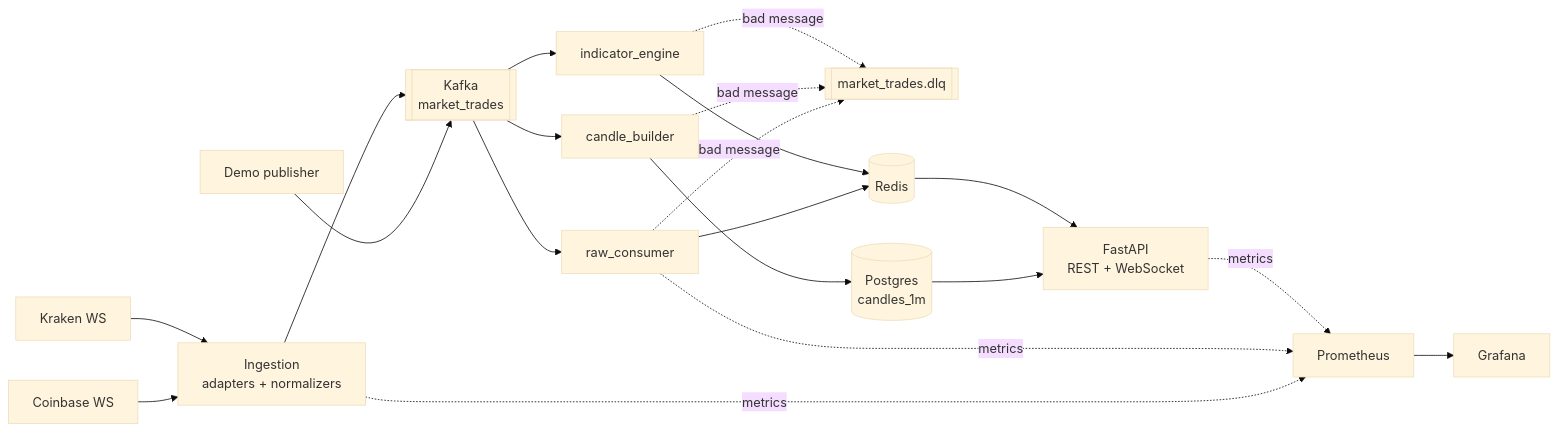
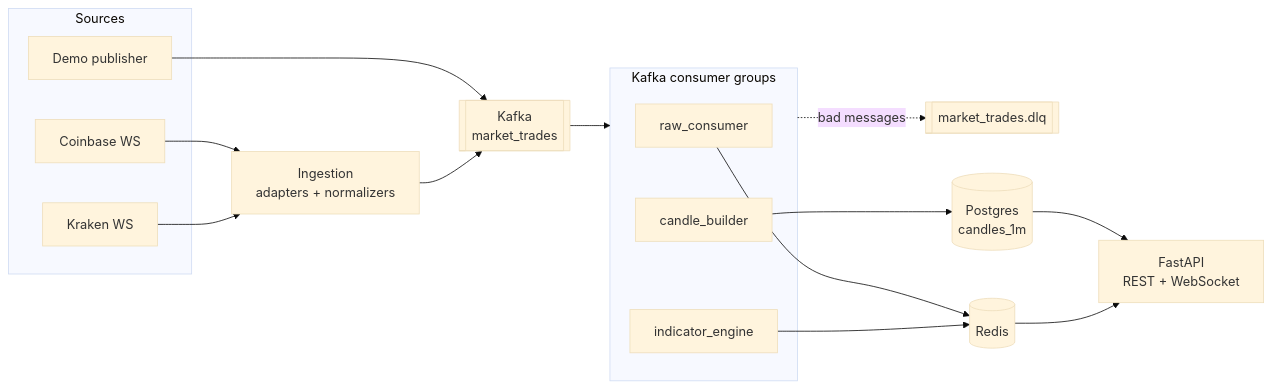
Before and after one commit to obro79/Flux: the diagram in README.md, drawn with Mermaid (base theme). The commit also changed other lines of this file, not shown here.

Commit message:
Simplify README architecture diagram

````diff
--- a/README.md
+++ b/README.md
@@ -32,17 +32,21 @@
 ```mermaid
 flowchart LR
-    CB[Coinbase WS] --> ING[Ingestion<br/>adapters + normalizers]
-    KR[Kraken WS] --> ING
-    DM[Demo publisher] --> K
+    subgraph Sources
+        CB[Coinbase WS]
+        KR[Kraken WS]
+        DM[Demo publisher]
+    end
+    subgraph Consumers["Kafka consumer groups"]
+        RC[raw_consumer]
+        TC[candle_builder]
+        IC[indicator_engine]
+    end
+    CB & KR --> ING[Ingestion<br/>adapters + normalizers]
+    DM --> K
     ING --> K[[Kafka<br/>market_trades]]
-    K --> RC[raw_consumer]
-    K --> TC[candle_builder]
-    K --> IC[indicator_engine]
-    RC & TC & IC -. bad message .-> DLQ[[market_trades.dlq]]
+    K --> Consumers
+    Consumers -. bad messages .-> DLQ[[market_trades.dlq]]
     TC --> PG[(Postgres<br/>candles_1m)]
-    RC --> RD[(Redis)]
-    IC --> RD
-    PG --> API[FastAPI<br/>REST + WebSocket]
-    RD --> API
-    ING & RC & API -. metrics .-> PR[Prometheus] --> GF[Grafana]
+    RC & IC --> RD[(Redis)]
+    PG & RD --> API[FastAPI<br/>REST + WebSocket]
 ```
````
